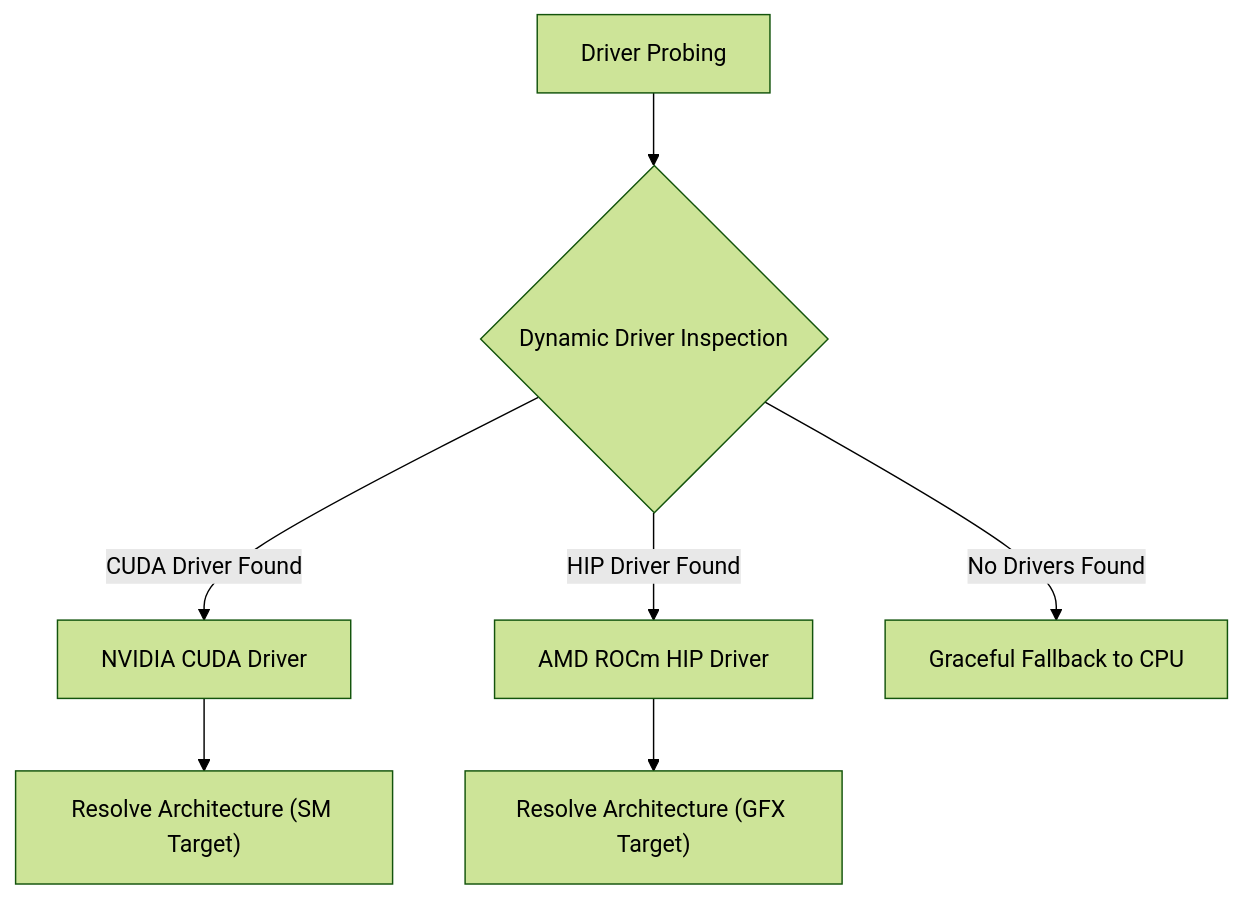
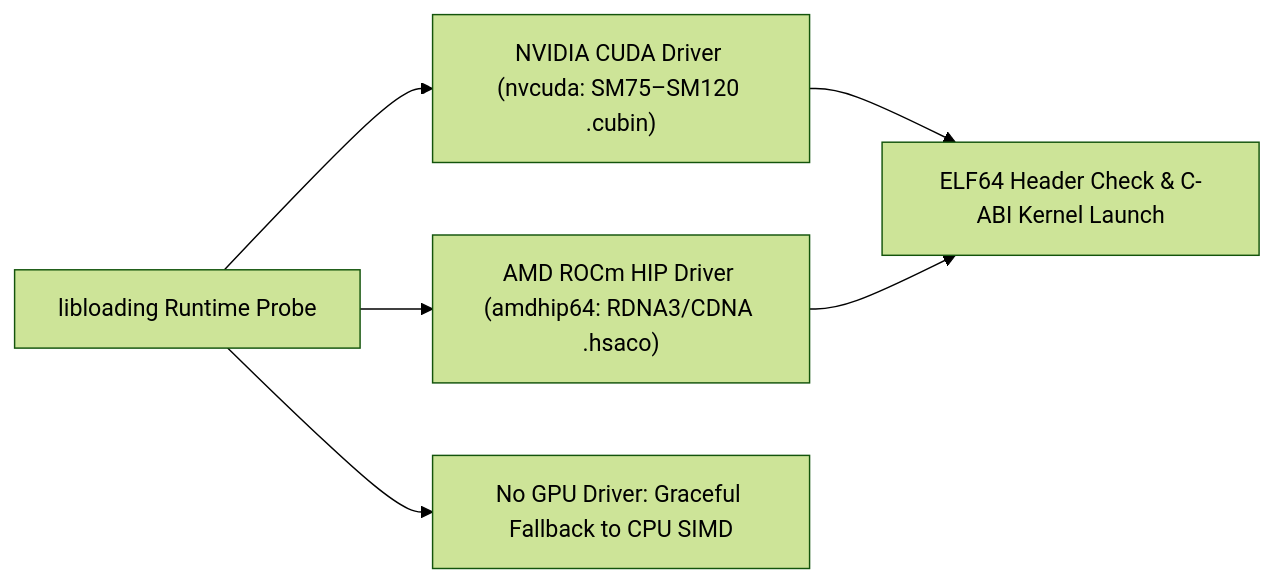
One commit to cloverx-id/luminamoon changed the diagram in docs/optimize/triton_aot/README.md. Above: the diagram before and after it, drawn with Mermaid (forest theme). The commit also changed other lines of this file and 49 other files, not shown here.

Commit message:
change diagram style

````diff
--- a/docs/optimize/triton_aot/README.md
+++ b/docs/optimize/triton_aot/README.md
@@ -13,11 +11,8 @@
 ```mermaid
-flowchart TD
-    Init["Driver Probing"] --> Probe{"Dynamic Driver Inspection"}
-
-    Probe -->|"CUDA Driver Found"| CUDA["NVIDIA CUDA Driver"]
-    Probe -->|"HIP Driver Found"| ROCm["AMD ROCm HIP Driver"]
-    Probe -->|"No Drivers Found"| Fallback["Graceful Fallback to CPU"]
-
-    CUDA --> ArchCUDA["Resolve Architecture (SM Target)"]
-    ROCm --> ArchROCm["Resolve Architecture (GFX Target)"]
+flowchart LR
+    Probe["libloading Runtime Probe"] --> CUDA["NVIDIA CUDA Driver (nvcuda: SM75–SM120 .cubin)"]
+    Probe --> ROCm["AMD ROCm HIP Driver (amdhip64: RDNA3/CDNA .hsaco)"]
+    Probe --> Fallback["No GPU Driver: Graceful Fallback to CPU SIMD"]
+    CUDA --> Launch["ELF64 Header Check & C-ABI Kernel Launch"]
+    ROCm --> Launch
 ```
````
